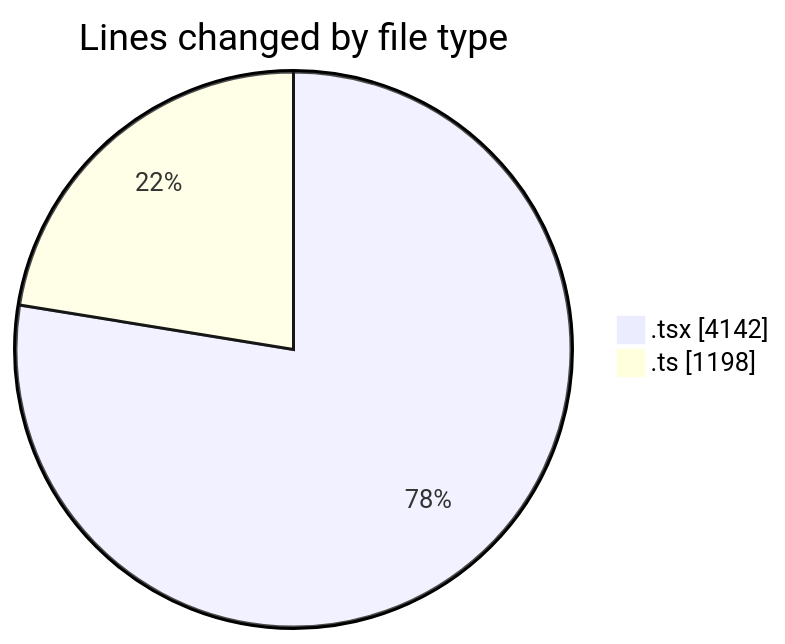
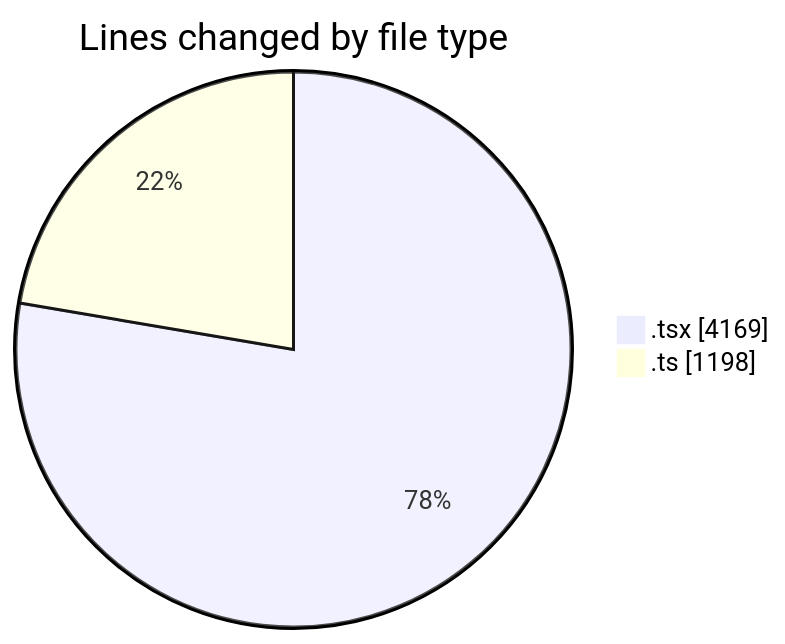
The first of 2 diagrams in 2026-02-19/nxtqube_webapp/README.md (nxtqubesakshisongat/code-tracking), drawn with Mermaid before and after one commit. The commit also changed other lines of this file and 1 other file, not shown here.

````diff
--- a/2026-02-19/nxtqube_webapp/README.md
+++ b/2026-02-19/nxtqube_webapp/README.md
@@ -32,6 +32,6 @@
 ```mermaid
 pie showData
 title Lines changed by file type
-".tsx" : 4142
+".tsx" : 4169
 ".ts" : 1198
 ```
````
